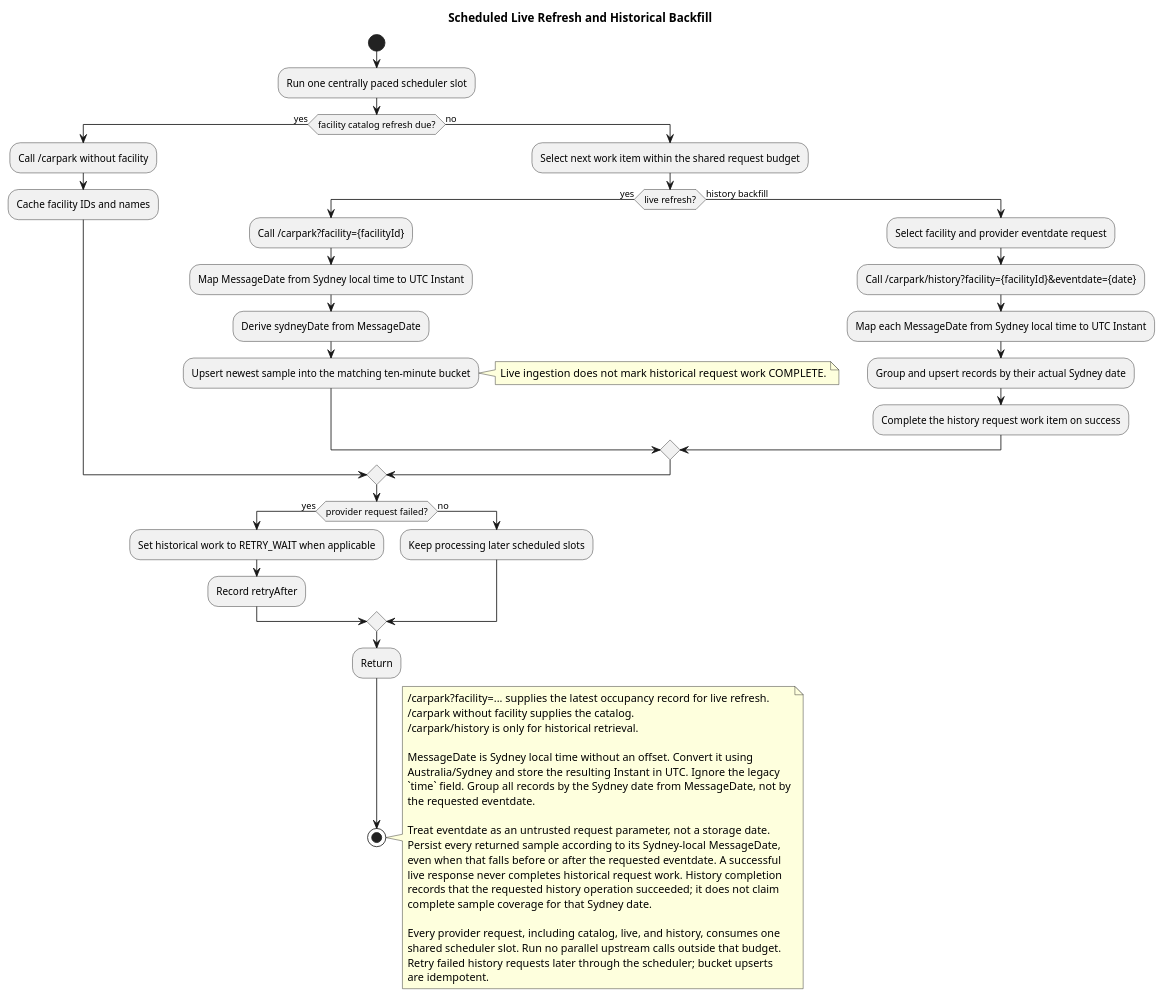
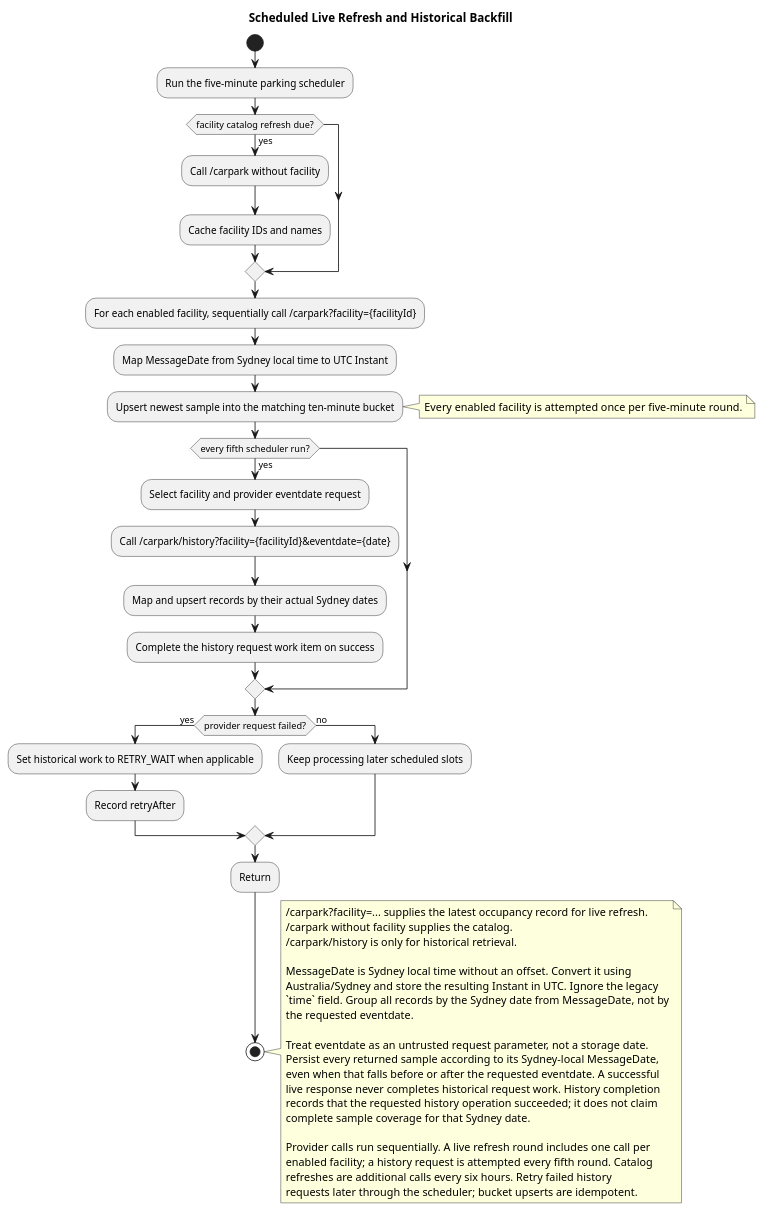
One commit to Ethan-Singh/metro-parking-web-service changed the diagram in domain/models/carpark/backfill-flow.puml. Above: the diagram before and after it, drawn with PlantUML. The commit also changed 8 other files, not shown here.

Commit message:
perf: refresh all parking facilities every five minutes

```diff
--- a/domain/models/carpark/backfill-flow.puml
+++ b/domain/models/carpark/backfill-flow.puml
@@ -1,55 +1,50 @@
 @startuml
 title Scheduled Live Refresh and Historical Backfill
 start
-:Run one centrally paced scheduler slot;
+:Run the five-minute parking scheduler;
 if (facility catalog refresh due?) then (yes)
   :Call /carpark without facility;
   :Cache facility IDs and names;
-else (no)
-  :Select next work item within the shared request budget;
-  if (live refresh?) then (yes)
-    :Call /carpark?facility={facilityId};
-    :Map MessageDate from Sydney local time to UTC Instant;
-    :Derive sydneyDate from MessageDate;
-    :Upsert newest sample into the matching ten-minute bucket;
-    note right: Live ingestion does not mark historical request work COMPLETE.
-  else (history backfill)
-    :Select facility and provider eventdate request;
-    :Call /carpark/history?facility={facilityId}&eventdate={date};
-    :Map each MessageDate from Sydney local time to UTC Instant;
-    :Group and upsert records by their actual Sydney date;
-    :Complete the history request work item on success;
-  endif
+endif
+:For each enabled facility, sequentially call /carpark?facility={facilityId};
+:Map MessageDate from Sydney local time to UTC Instant;
+:Upsert newest sample into the matching ten-minute bucket;
+note right: Every enabled facility is attempted once per five-minute round.
+if (every fifth scheduler run?) then (yes)
+  :Select facility and provider eventdate request;
+  :Call /carpark/history?facility={facilityId}&eventdate={date};
+  :Map and upsert records by their actual Sydney dates;
+  :Complete the history request work item on success;
 endif
 if (provider request failed?) then (yes)
   :Set historical work to RETRY_WAIT when applicable;
   :Record retryAfter;
 else (no)
   :Keep processing later scheduled slots;
 endif
 :Return;
 stop
 
 note right
   /carpark?facility=... supplies the latest occupancy record for live refresh.
   /carpark without facility supplies the catalog.
   /carpark/history is only for historical retrieval.
 
   MessageDate is Sydney local time without an offset. Convert it using
   Australia/Sydney and store the resulting Instant in UTC. Ignore the legacy
   `time` field. Group all records by the Sydney date from MessageDate, not by
   the requested eventdate.
 
   Treat eventdate as an untrusted request parameter, not a storage date.
   Persist every returned sample according to its Sydney-local MessageDate,
   even when that falls before or after the requested eventdate. A successful
   live response never completes historical request work. History completion
   records that the requested history operation succeeded; it does not claim
   complete sample coverage for that Sydney date.
 
-  Every provider request, including catalog, live, and history, consumes one
-  shared scheduler slot. Run no parallel upstream calls outside that budget.
-  Retry failed history requests later through the scheduler; bucket upserts
-  are idempotent.
+  Provider calls run sequentially. A live refresh round includes one call per
+  enabled facility; a history request is attempted every fifth round. Catalog
+  refreshes are additional calls every six hours. Retry failed history
+  requests later through the scheduler; bucket upserts are idempotent.
 end note
 @enduml
```
